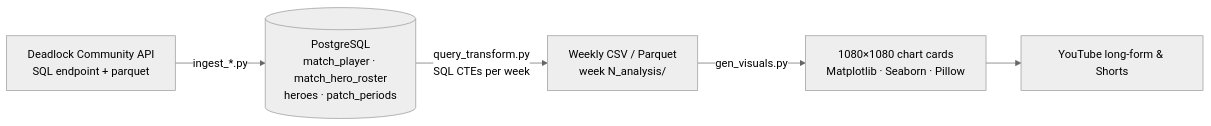
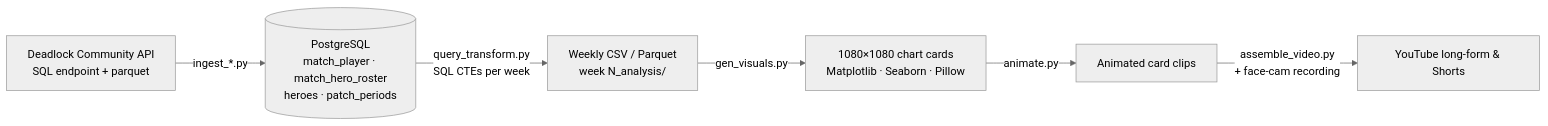
The diagram in README.md (juliuskings13/DL_Ranked_Analysis), drawn with Mermaid (neutral theme) before and after one commit. The commit also changed other lines of this file and 6 other files, not shown here.

Commit message:
pipeline now includes video-assembler to merge clips into a video for youtube with variable orders that are defined in separate .txt files. Updated patch_notes to fix some errors. Added more columns for ingestion and analysis along with a flag for just the data on those.

````diff
--- a/README.md
+++ b/README.md
@@ -16,7 +16,8 @@
 ```mermaid
 flowchart LR
     A[Deadlock Community API<br/>SQL endpoint + parquet] -->|ingest_*.py| B[(PostgreSQL<br/>match_player · match_hero_roster<br/>heroes · patch_periods)]
     B -->|query_transform.py<br/>SQL CTEs per week| C[Weekly CSV / Parquet<br/>week N_analysis/]
     C -->|gen_visuals.py| D[1080×1080 chart cards<br/>Matplotlib · Seaborn · Pillow]
-    D --> E[YouTube long-form & Shorts]
+    D -->|animate.py| F[Animated card clips]
+    F -->|assemble_video.py<br/>+ face-cam recording| E[YouTube long-form & Shorts]
 ```
````
